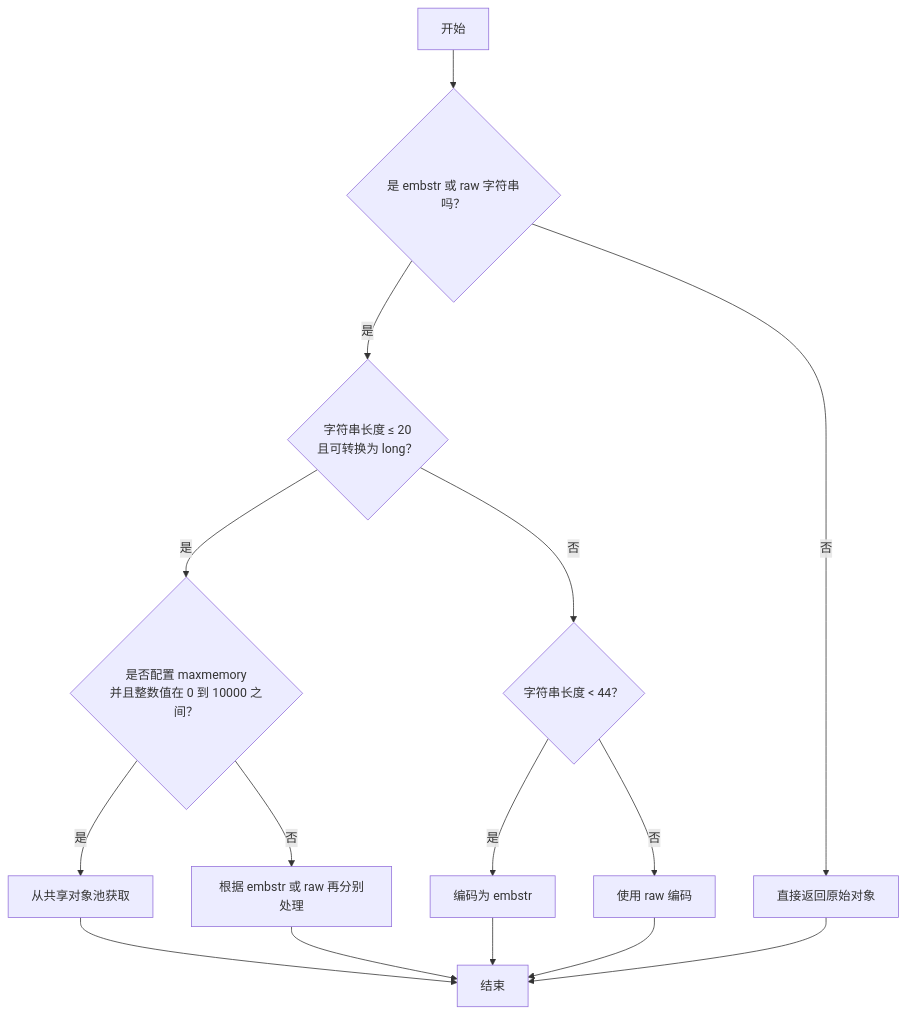
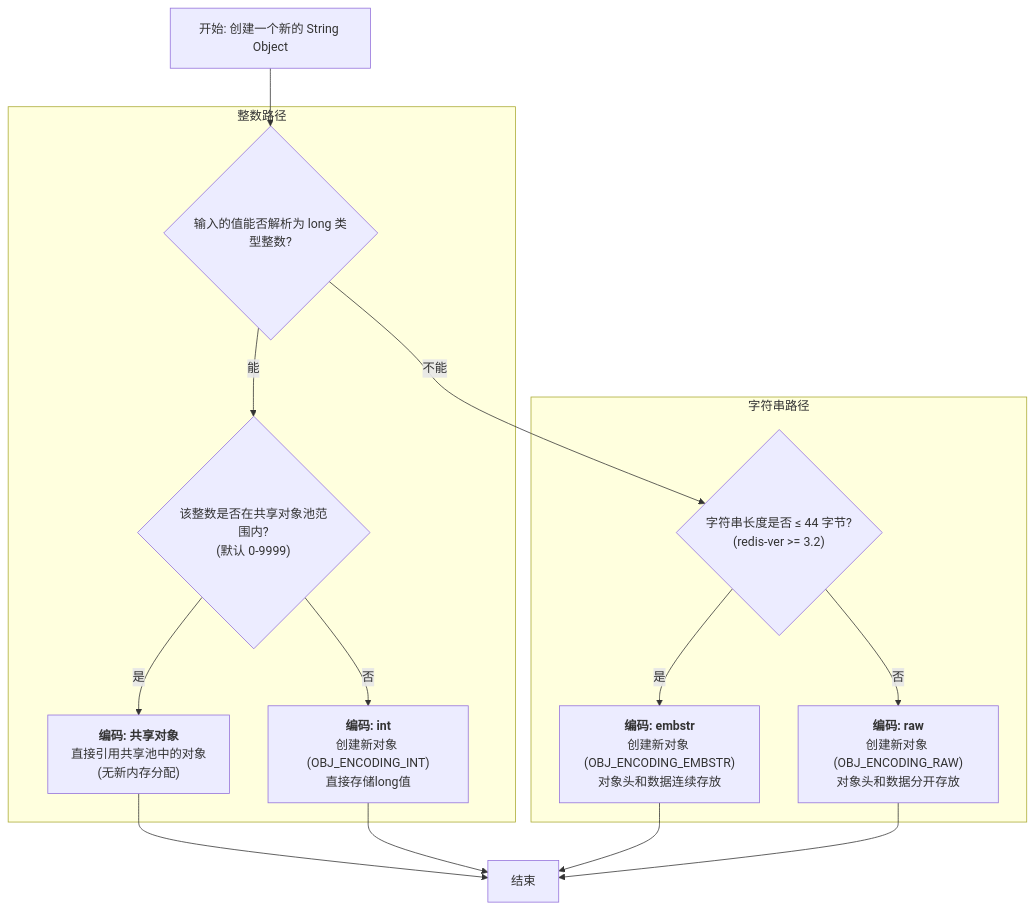
One commit to Anonymity-0/Anonymity-0.github.io changed the diagram in content/posts/redis-s-string-data-structure-zkmy92.md. Above: the diagram before and after it, drawn with Mermaid. The commit also changed other lines of this file, not shown here.

Commit message:
auto published by siyuan-plugin-publisher

````diff
--- a/content/posts/redis-s-string-data-structure-zkmy92.md
+++ b/content/posts/redis-s-string-data-structure-zkmy92.md
@@ -197,22 +197,21 @@
 ```mermaid
 graph TD
-    A[开始] --> B{是 embstr 或 raw 字符串吗？}
-    
-    B -- 是 --> C{字符串长度 ≤ 20<br>且可转换为 long？}
-    B -- 否 --> H[直接返回原始对象]
-    
-    C -- 是 --> D{是否配置 maxmemory<br>并且整数值在 0 到 10000 之间？}
-    C -- 否 --> E{字符串长度 < 44？}
-    
-    D -- 是 --> F[从共享对象池获取]
-    D -- 否 --> G[根据 embstr 或 raw 再分别处理]
-    
-    E -- 是 --> I[编码为 embstr]
-    E -- 否 --> J[使用 raw 编码]
-    
-    F --> K[结束]
-    G --> K
-    I --> K
-    J --> K
-    H --> K
+    A[开始: 创建一个新的 String Object] --> B{"输入的值能否解析为 long 类型整数?"}
+
+    subgraph "整数路径"
+        B -- 能 --> C{"该整数是否在共享对象池范围内?<br>(默认 0-9999)"}
+        C -- 是 --> D["<b>编码: 共享对象</b><br>直接引用共享池中的对象<br>(无新内存分配)"]
+        C -- 否 --> E["<b>编码: int</b><br>创建新对象 (OBJ_ENCODING_INT)<br>直接存储long值"]
+    end
+
+    subgraph "字符串路径"
+        B -- 不能 --> F{"字符串长度是否 ≤ 44 字节?<br>(redis-ver >= 3.2)"}
+        F -- 是 --> G["<b>编码: embstr</b><br>创建新对象 (OBJ_ENCODING_EMBSTR)<br>对象头和数据连续存放"]
+        F -- 否 --> H["<b>编码: raw</b><br>创建新对象 (OBJ_ENCODING_RAW)<br>对象头和数据分开存放"]
+    end
+
+    D --> Z[结束]
+    E --> Z[结束]
+    G --> Z[结束]
+    H --> Z[结束]
 ```
````
